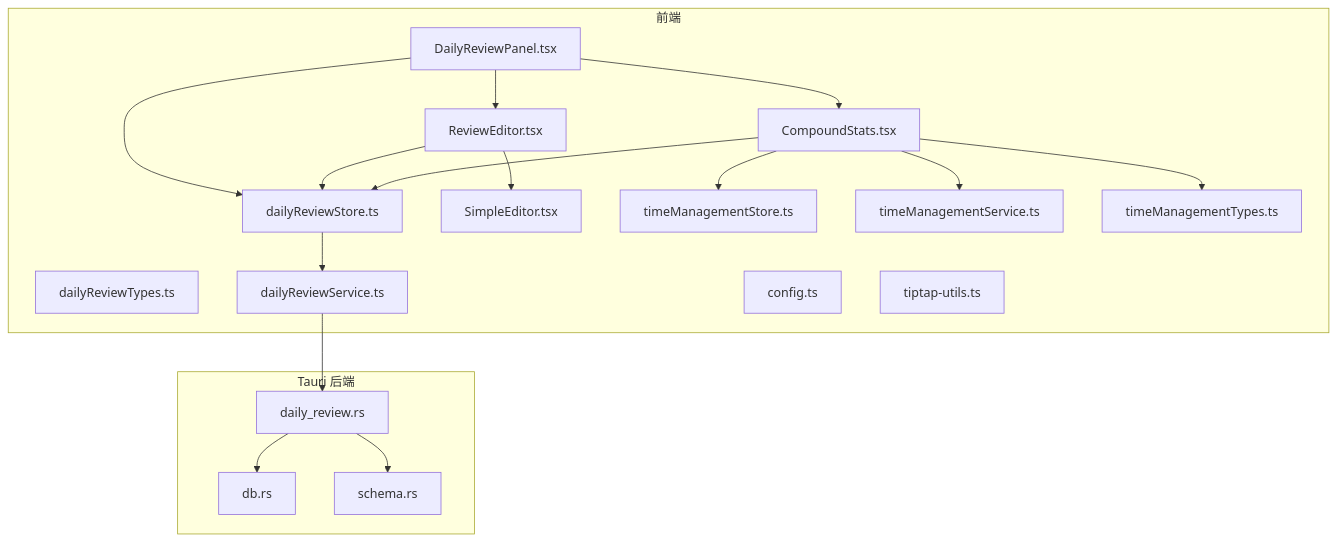
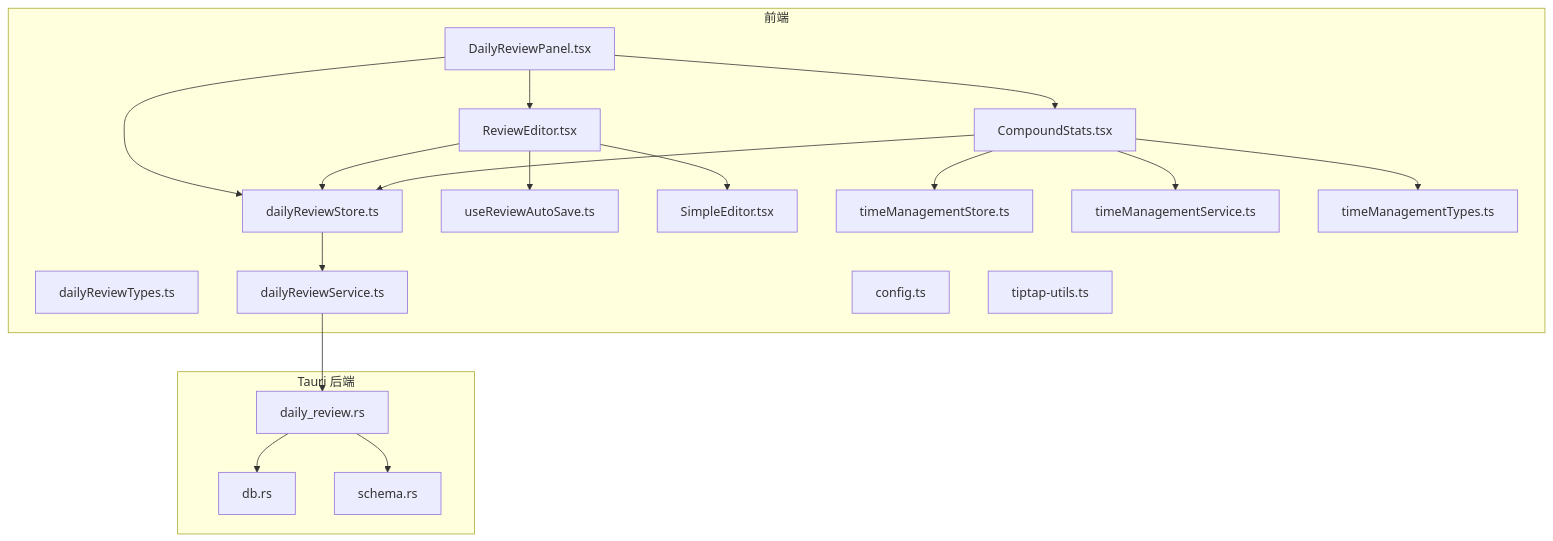
Before and after one commit to gzdxhujiale/FishWorker: the first of 12 diagrams in .qoder/repowiki/zh/content/核心功能模块/每日回顾系统.md, drawn with Mermaid. The commit also changed other lines of this file and 41 other files, not shown here.

````diff
--- a/.qoder/repowiki/zh/content/核心功能模块/每日回顾系统.md
+++ b/.qoder/repowiki/zh/content/核心功能模块/每日回顾系统.md
@@ -55,35 +64,37 @@
 ```mermaid
 graph TB
 subgraph "前端"
 DRP["DailyReviewPanel.tsx"]
 RE["ReviewEditor.tsx"]
 CS["CompoundStats.tsx"]
 DRT["dailyReviewTypes.ts"]
 DRS["dailyReviewStore.ts"]
 DRC["dailyReviewService.ts"]
+UAS["useReviewAutoSave.ts"]
 SE["SimpleEditor.tsx"]
 TC["config.ts"]
 TU["tiptap-utils.ts"]
 TMST["timeManagementStore.ts"]
 TMSV["timeManagementService.ts"]
 TMT["timeManagementTypes.ts"]
 end
 subgraph "Tauri 后端"
 DR_RS["daily_review.rs"]
 DB_RS["db.rs"]
 SCHEMA_RS["schema.rs"]
 end
 DRP --> RE
 DRP --> CS
 DRP --> DRS
+RE --> UAS
 RE --> SE
 RE --> DRS
 CS --> DRS
 DRS --> DRC
 DRC --> DR_RS
 DR_RS --> DB_RS
 DR_RS --> SCHEMA_RS
 CS --> TMSV
 CS --> TMST
 CS --> TMT
 ```
````
